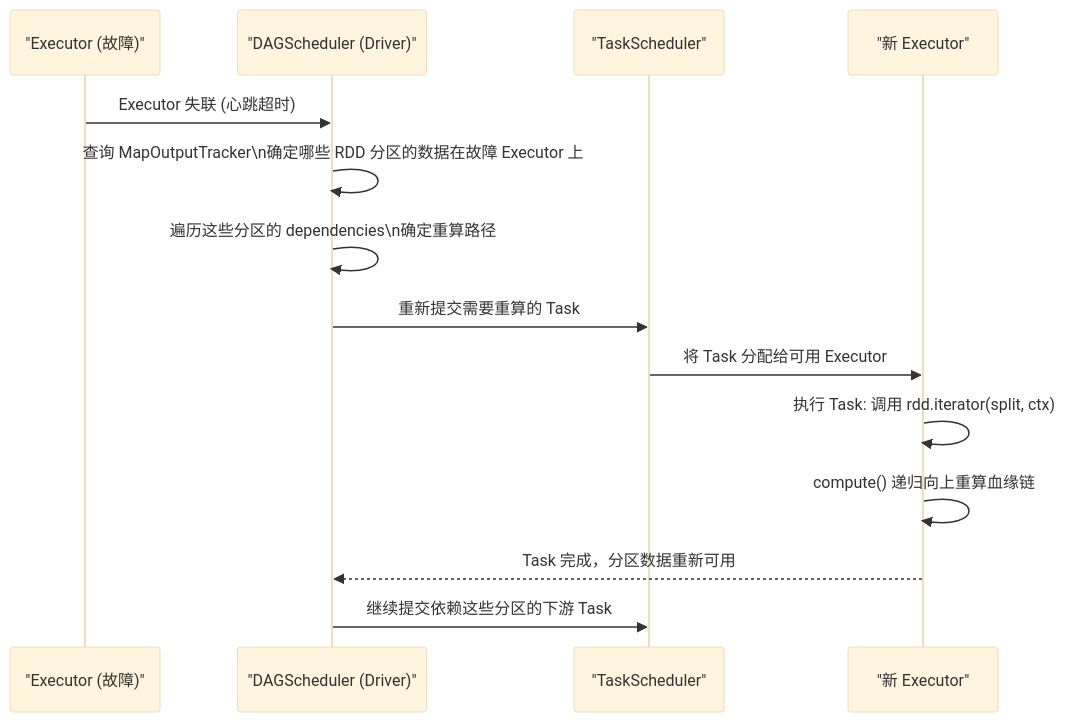
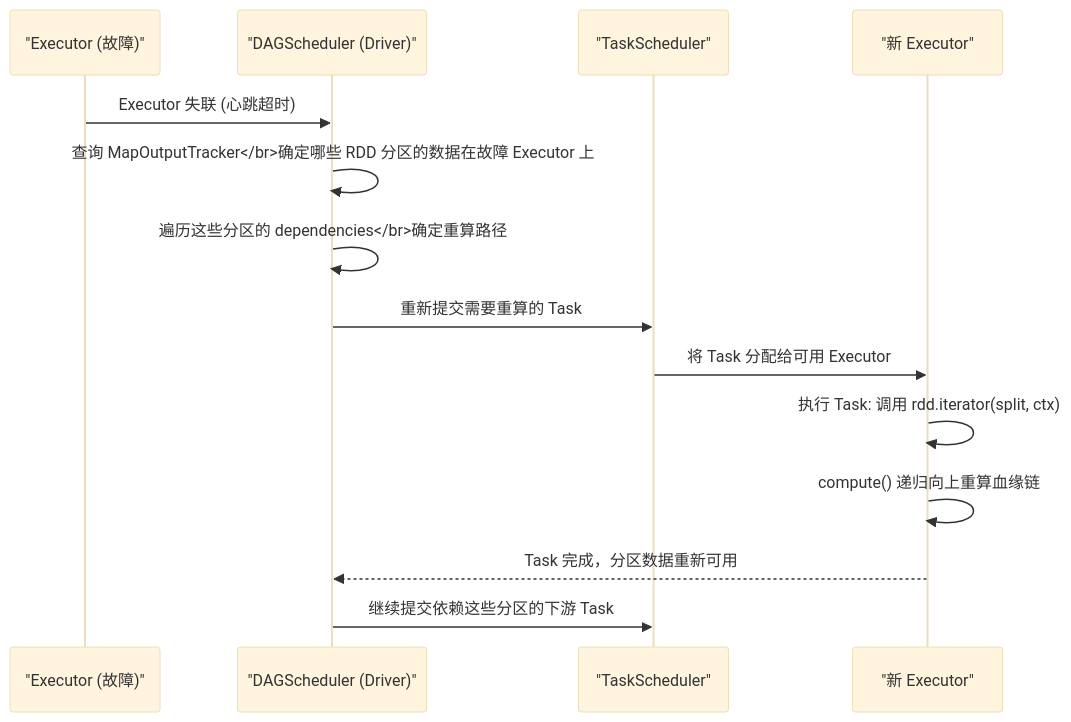
The first of 2 diagrams in content/大数据/Spark/Spark-RDD核心原理解析/05 血缘（Lineage）与容错：以计算重构换取存储可靠性的权衡艺术.md (hpliStartAgain/my-brain), drawn with Mermaid (base theme) before and after one commit. The commit also changed other lines of this file and 202 other files, not shown here.

````diff
--- a/content/大数据/Spark/Spark-RDD核心原理解析/05 血缘（Lineage）与容错：以计算重构换取存储可靠性的权衡艺术.md
+++ b/content/大数据/Spark/Spark-RDD核心原理解析/05 血缘（Lineage）与容错：以计算重构换取存储可靠性的权衡艺术.md
@@ -96,17 +96,17 @@
 ```mermaid
 sequenceDiagram
     participant Exec as "Executor (故障)"
     participant DAG as "DAGScheduler (Driver)"
     participant TS as "TaskScheduler"
     participant NewExec as "新 Executor"
 
     Exec->>DAG: Executor 失联 (心跳超时)
-    DAG->>DAG: 查询 MapOutputTracker\n确定哪些 RDD 分区的数据在故障 Executor 上
-    DAG->>DAG: 遍历这些分区的 dependencies\n确定重算路径
+    DAG->>DAG: 查询 MapOutputTracker</br>确定哪些 RDD 分区的数据在故障 Executor 上
+    DAG->>DAG: 遍历这些分区的 dependencies</br>确定重算路径
     DAG->>TS: 重新提交需要重算的 Task
     TS->>NewExec: 将 Task 分配给可用 Executor
     NewExec->>NewExec: 执行 Task: 调用 rdd.iterator(split, ctx)
     NewExec->>NewExec: compute() 递归向上重算血缘链
     NewExec-->>DAG: Task 完成，分区数据重新可用
     DAG->>TS: 继续提交依赖这些分区的下游 Task
 ```
````
